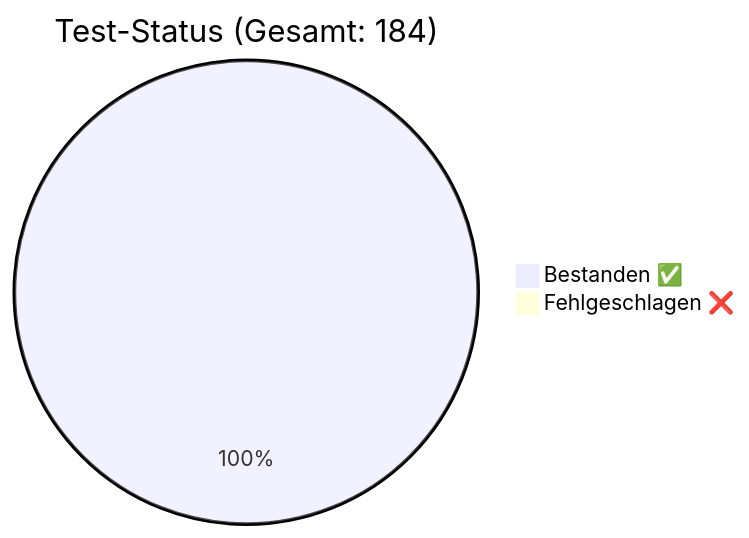
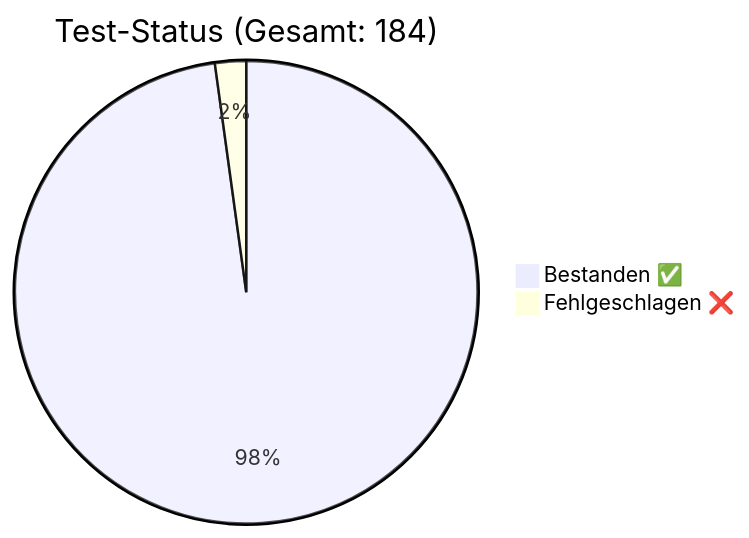
Before and after one commit to rorila/GCS: the diagram in docs/QA_Report.md, drawn with Mermaid. The commit also changed other lines of this file and 11 other files, not shown here.

````diff
--- a/docs/QA_Report.md
+++ b/docs/QA_Report.md
@@ -7,5 +7,5 @@
 ```mermaid
 pie title Test-Status (Gesamt: 184)
-    "Bestanden ✅" : 184
-    "Fehlgeschlagen ❌" : 0
+    "Bestanden ✅" : 180
+    "Fehlgeschlagen ❌" : 4
 ```
````
